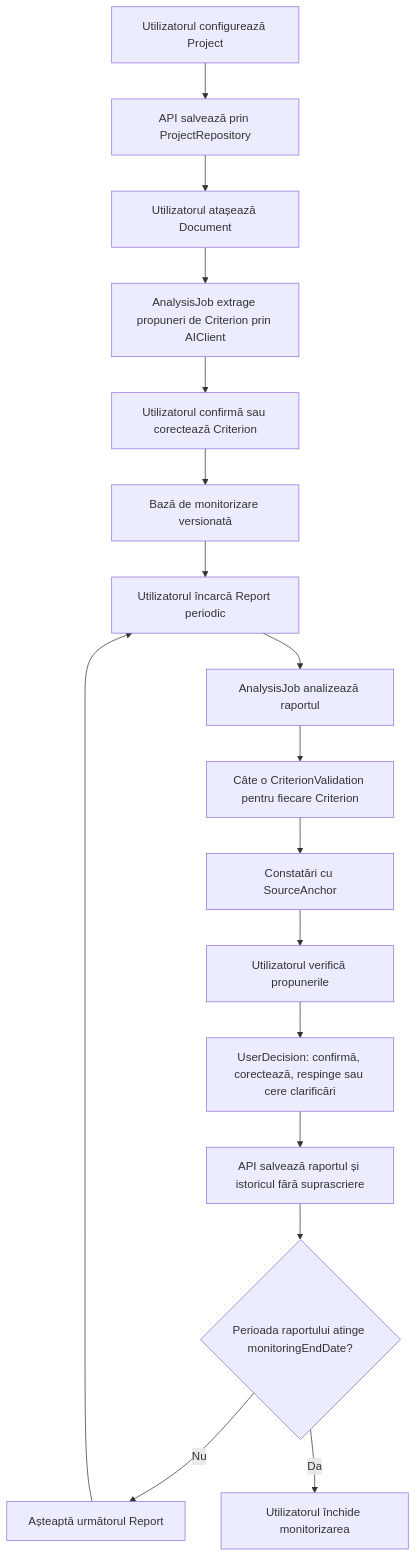
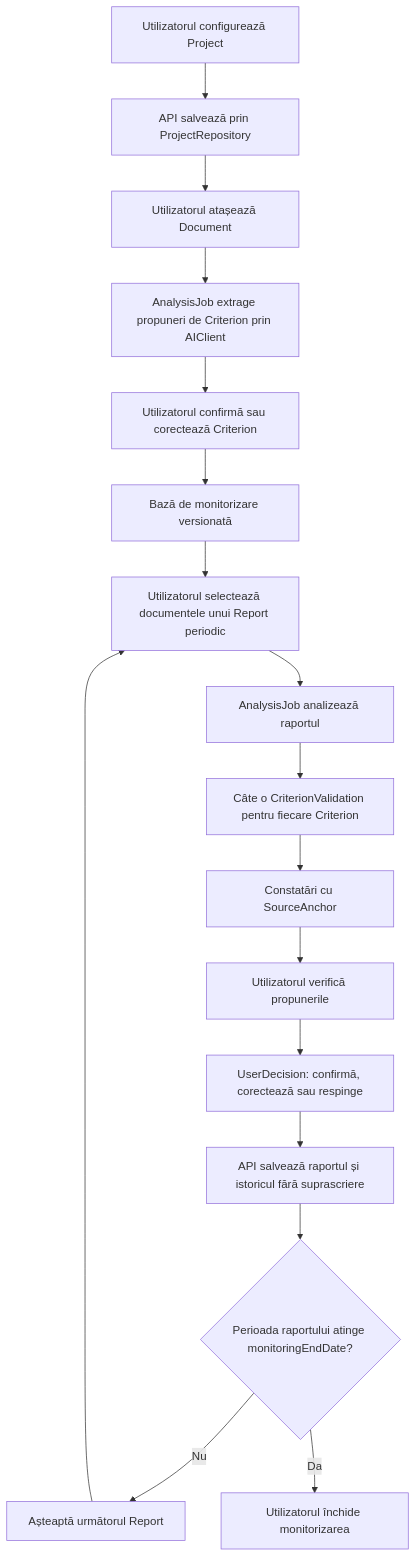
Before and after one commit to lupumihnea/chiatraton-adr-nord-est: the diagram in docs/workflow.md, drawn with Mermaid. The commit also changed other lines of this file and 26 other files, not shown here.

````diff
--- a/docs/workflow.md
+++ b/docs/workflow.md
@@ -9,19 +9,19 @@
 ```mermaid
 flowchart TD
     U1[Utilizatorul configurează Project] --> A1[API salvează prin ProjectRepository]
     A1 --> U2[Utilizatorul atașează Document]
     U2 --> J1[AnalysisJob extrage propuneri de Criterion prin AIClient]
     J1 --> U3[Utilizatorul confirmă sau corectează Criterion]
     U3 --> B1[Bază de monitorizare versionată]
-    B1 --> U4[Utilizatorul încarcă Report periodic]
+    B1 --> U4[Utilizatorul selectează documentele unui Report periodic]
     U4 --> J2[AnalysisJob analizează raportul]
     J2 --> V1[Câte o CriterionValidation pentru fiecare Criterion]
     V1 --> S1[Constatări cu SourceAnchor]
     S1 --> U5[Utilizatorul verifică propunerile]
-    U5 --> D1[UserDecision: confirmă, corectează, respinge sau cere clarificări]
+    U5 --> D1[UserDecision: confirmă, corectează sau respinge]
     D1 --> H1[API salvează raportul și istoricul fără suprascriere]
     H1 --> E{Perioada raportului atinge monitoringEndDate?}
     E -- Nu --> W[Așteaptă următorul Report]
     W --> U4
     E -- Da --> C[Utilizatorul închide monitorizarea]
 ```
````
